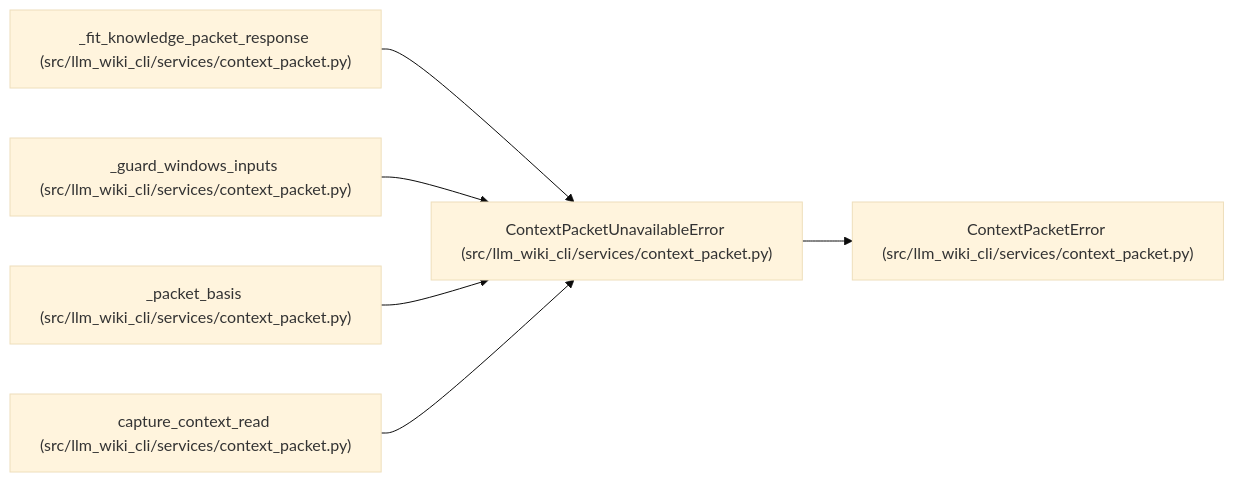
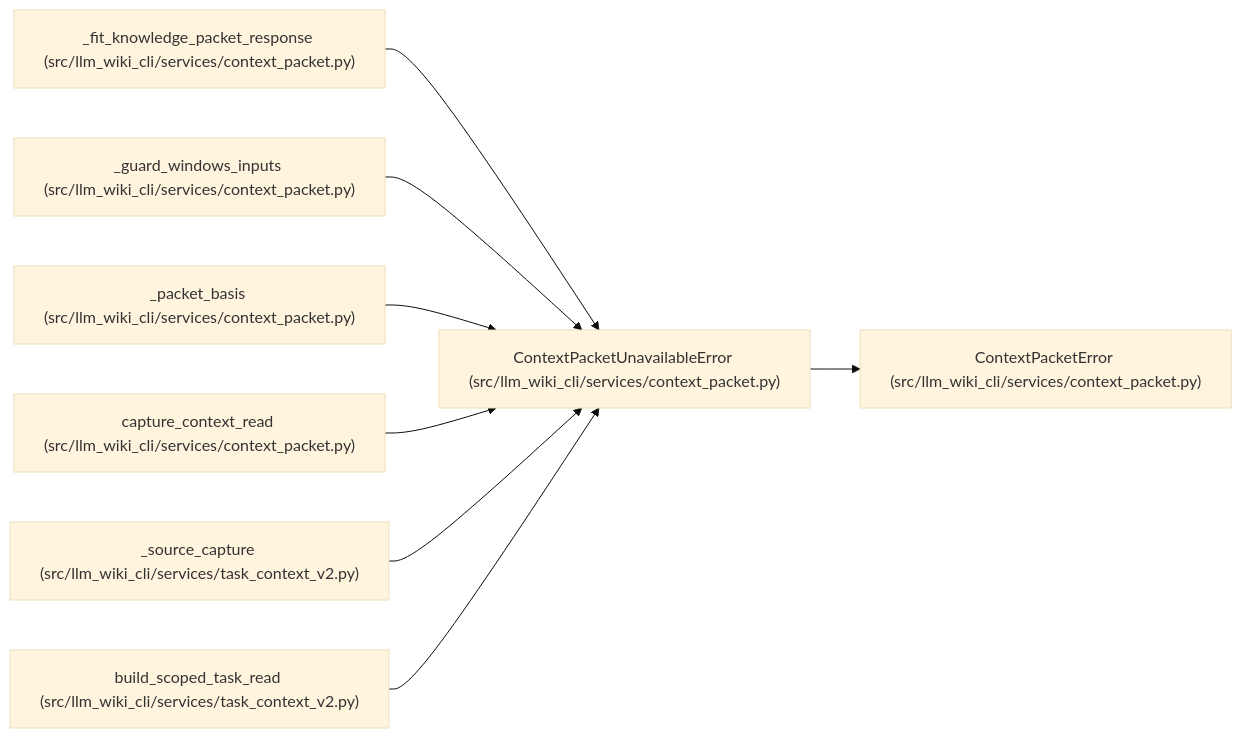
One commit to Denissvgn/python-wiki-llm changed the diagram in docs/llm_wiki/entities/ContextPacketUnavailableError.md. Above: the diagram before and after it, drawn with Mermaid (base theme). The commit also changed other lines of this file and 6245 other files, not shown here.

````diff
--- a/docs/llm_wiki/entities/ContextPacketUnavailableError.md
+++ b/docs/llm_wiki/entities/ContextPacketUnavailableError.md
@@ -25,20 +25,26 @@
 ```mermaid
 flowchart LR
     n0["ContextPacketUnavailableError (src/llm_wiki_cli/services/context_packet.py)"]
     n1["ContextPacketError (src/llm_wiki_cli/services/context_packet.py)"]
     n2["_fit_knowledge_packet_response (src/llm_wiki_cli/services/context_packet.py)"]
     n3["_guard_windows_inputs (src/llm_wiki_cli/services/context_packet.py)"]
     n4["_packet_basis (src/llm_wiki_cli/services/context_packet.py)"]
     n5["capture_context_read (src/llm_wiki_cli/services/context_packet.py)"]
+    n6["_source_capture (src/llm_wiki_cli/services/task_context_v2.py)"]
+    n7["build_scoped_task_read (src/llm_wiki_cli/services/task_context_v2.py)"]
     n0 --> n1
     n2 --> n0
     n3 --> n0
     n4 --> n0
     n5 --> n0
+    n6 --> n0
+    n7 --> n0
     click n0 "../modules/context_packet.md"
     click n1 "../modules/context_packet.md"
     click n2 "../modules/context_packet.md"
     click n3 "../modules/context_packet.md"
     click n4 "../modules/context_packet.md"
     click n5 "../modules/context_packet.md"
+    click n6 "../modules/task_context_v2.md"
+    click n7 "../modules/task_context_v2.md"
 ```
````
